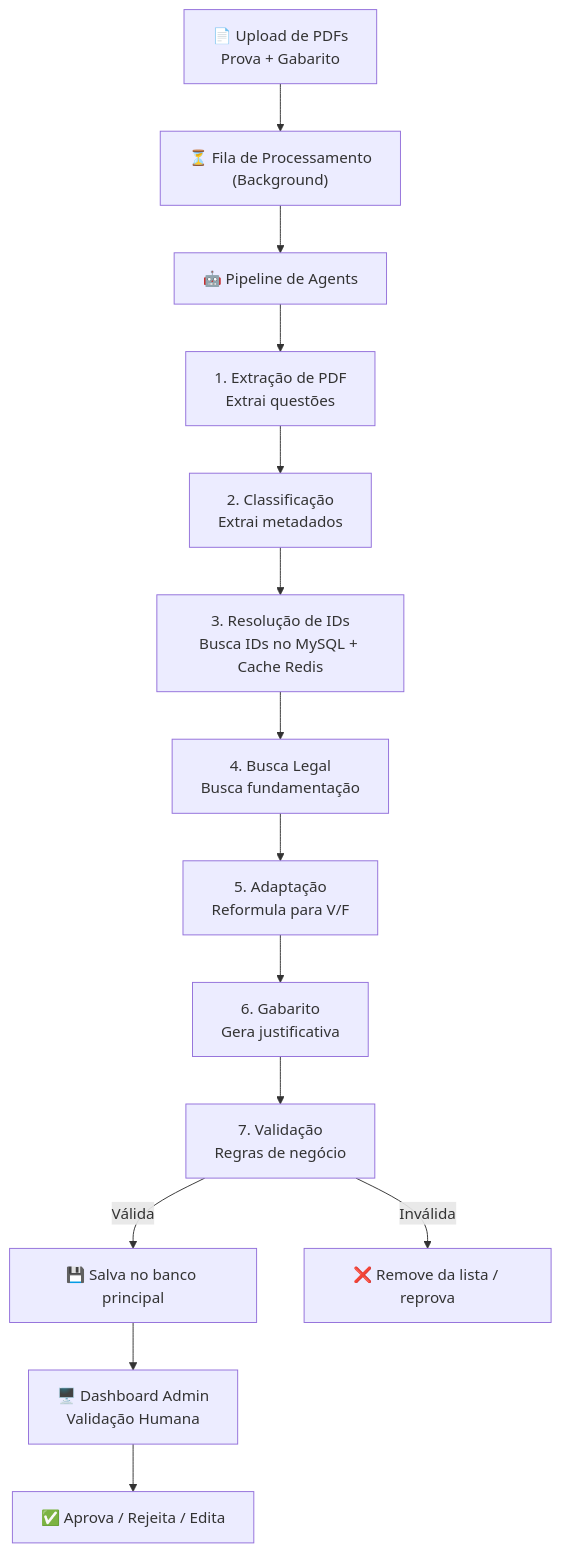
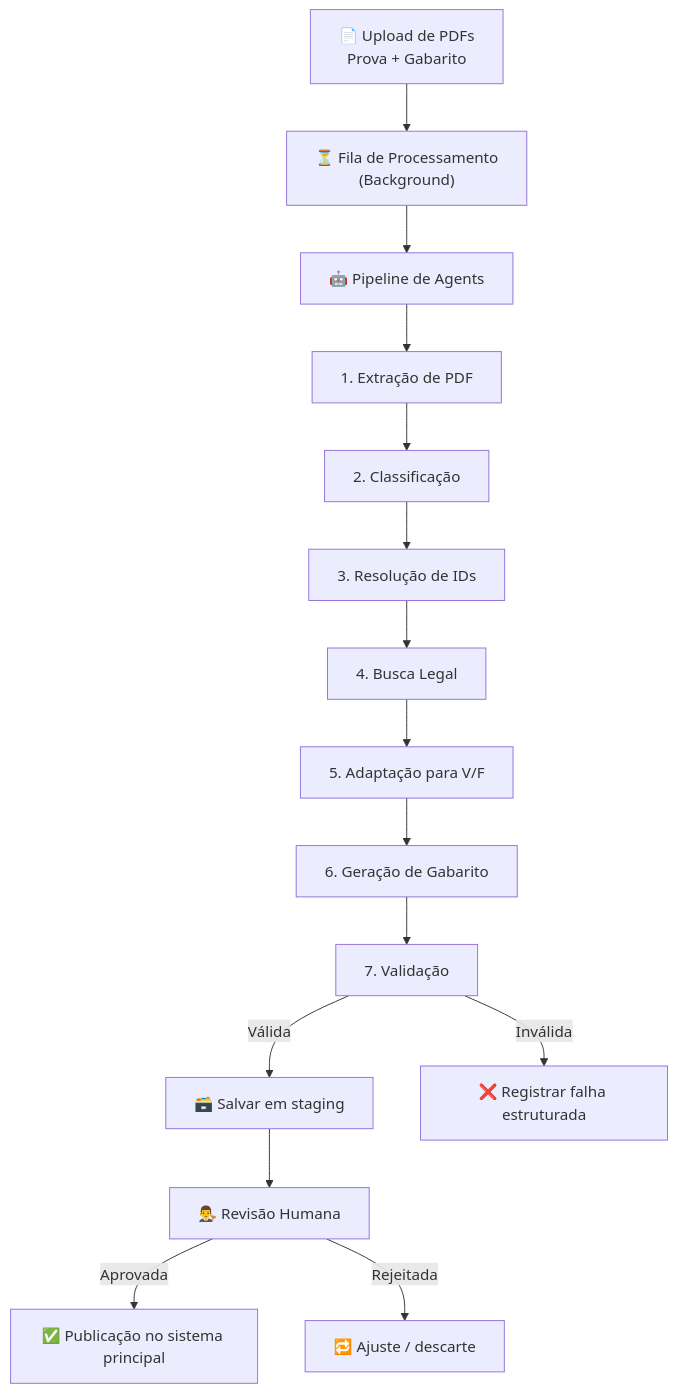
One commit to matheusdiamantino-betalent/IA changed the third of 5 diagrams in README.md. Above: the diagram before and after it, drawn with Mermaid. The commit also changed other lines of this file, not shown here.

````diff
--- a/README.md
+++ b/README.md
@@ -309,19 +345,20 @@
 ```mermaid
 flowchart TD
     A["📄 Upload de PDFs<br/>Prova + Gabarito"] --> B["⏳ Fila de Processamento<br/>(Background)"]
     B --> C["🤖 Pipeline de Agents"]
 
-    C --> D["1. Extração de PDF<br/>Extrai questões"]
-    D --> E["2. Classificação<br/>Extrai metadados"]
-    E --> F["3. Resolução de IDs<br/>Busca IDs no MySQL + Cache Redis"]
-    F --> G["4. Busca Legal<br/>Busca fundamentação"]
-    G --> H["5. Adaptação<br/>Reformula para V/F"]
-    H --> I["6. Gabarito<br/>Gera justificativa"]
-    I --> J["7. Validação<br/>Regras de negócio"]
+    C --> D["1. Extração de PDF"]
+    D --> E["2. Classificação"]
+    E --> F["3. Resolução de IDs"]
+    F --> G["4. Busca Legal"]
+    G --> H["5. Adaptação para V/F"]
+    H --> I["6. Geração de Gabarito"]
+    I --> J["7. Validação"]
 
-    J -->|Válida| K["💾 Salva no banco principal"]
-    J -->|Inválida| L["❌ Remove da lista / reprova"]
+    J -->|Válida| K["🗃️ Salvar em staging"]
+    J -->|Inválida| L["❌ Registrar falha estruturada"]
 
-    K --> M["🖥️ Dashboard Admin<br/>Validação Humana"]
-    M --> N["✅ Aprova / Rejeita / Edita"]
+    K --> M["👨‍⚖️ Revisão Humana"]
+    M -->|Aprovada| N["✅ Publicação no sistema principal"]
+    M -->|Rejeitada| O["🔁 Ajuste / descarte"]
 ```
````
